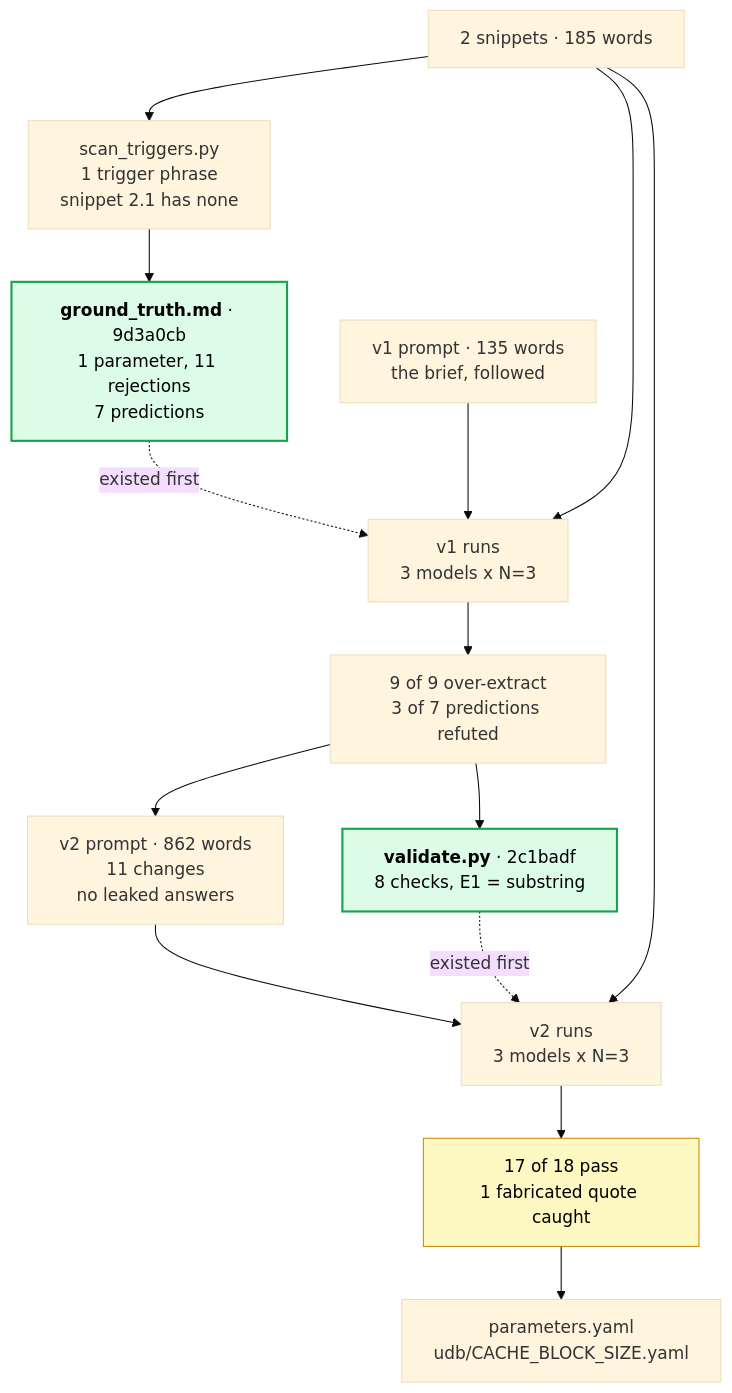
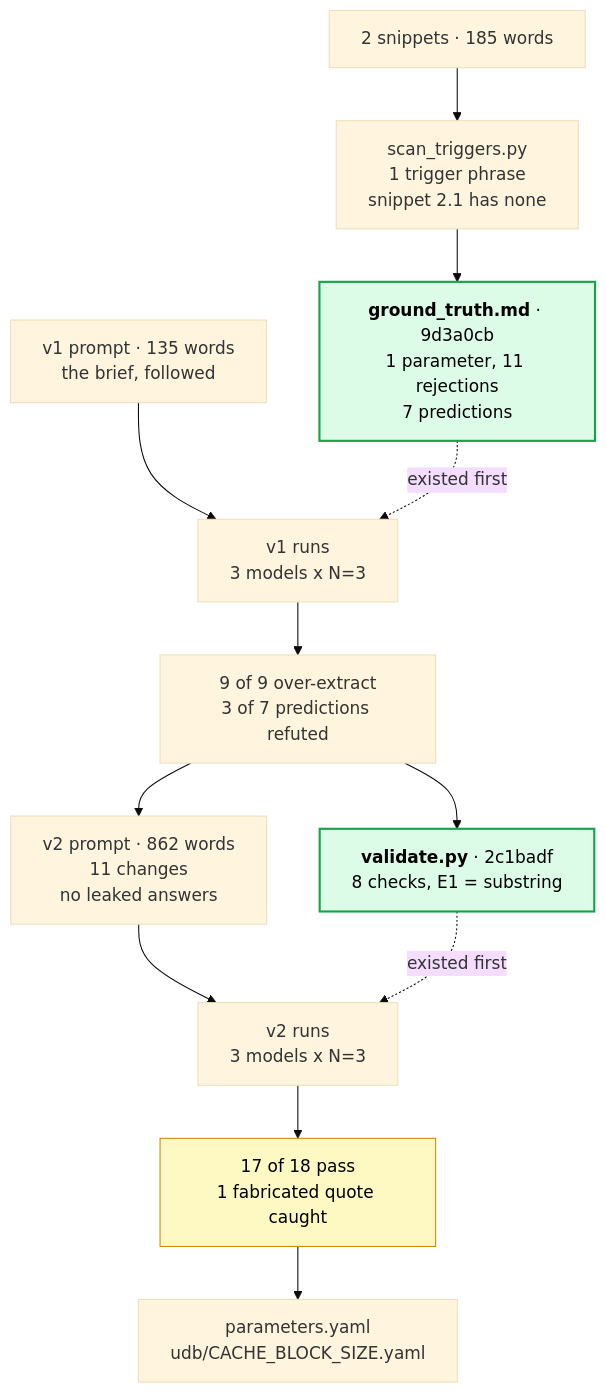
Before and after one commit to RAJVEER42/lfx-param-extraction: the diagram in README.md, drawn with Mermaid (base theme). The commit also changed other lines of this file, not shown here.

First line of the commit message:
README: drop the snippet-to-runs edges from the diagram

````diff
--- a/README.md
+++ b/README.md
@@ -74,20 +75,18 @@
 ```mermaid
 flowchart TD
     S["2 snippets · 185 words"] --> T["scan_triggers.py<br/>1 trigger phrase<br/>snippet 2.1 has none"]
     T --> G["<b>ground_truth.md</b> · 9d3a0cb<br/>1 parameter, 11 rejections<br/>7 predictions"]
     P1["v1 prompt · 135 words<br/>the brief, followed"] --> R1["v1 runs<br/>3 models x N=3"]
-    S --> R1
     G -. "existed first" .-> R1
     R1 --> A1["9 of 9 over-extract<br/>3 of 7 predictions refuted"]
     A1 --> P2["v2 prompt · 862 words<br/>11 changes<br/>no leaked answers"]
     A1 --> V["<b>validate.py</b> · 2c1badf<br/>8 checks, E1 = substring"]
     P2 --> R2["v2 runs<br/>3 models x N=3"]
-    S --> R2
     V -. "existed first" .-> R2
     R2 --> A2["17 of 18 pass<br/>1 fabricated quote caught"]
     A2 --> D["parameters.yaml<br/>udb/CACHE_BLOCK_SIZE.yaml"]
 
     style G fill:#dcfce7,stroke:#16a34a,stroke-width:2px,color:#000
     style V fill:#dcfce7,stroke:#16a34a,stroke-width:2px,color:#000
     style A2 fill:#fef9c3,stroke:#ca8a04,color:#000
 ```
````
